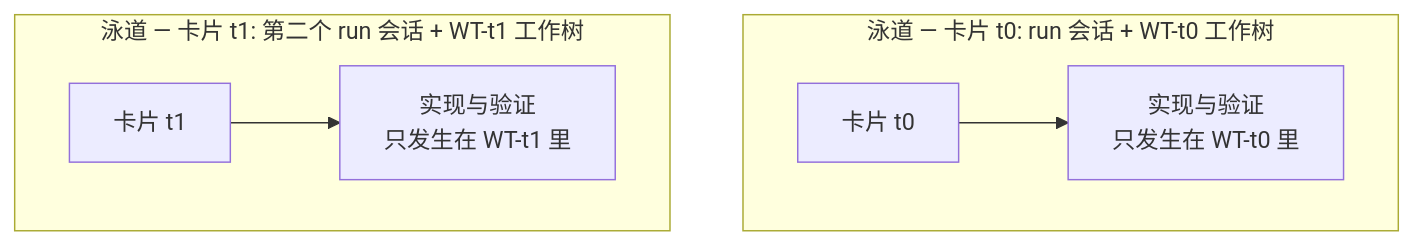
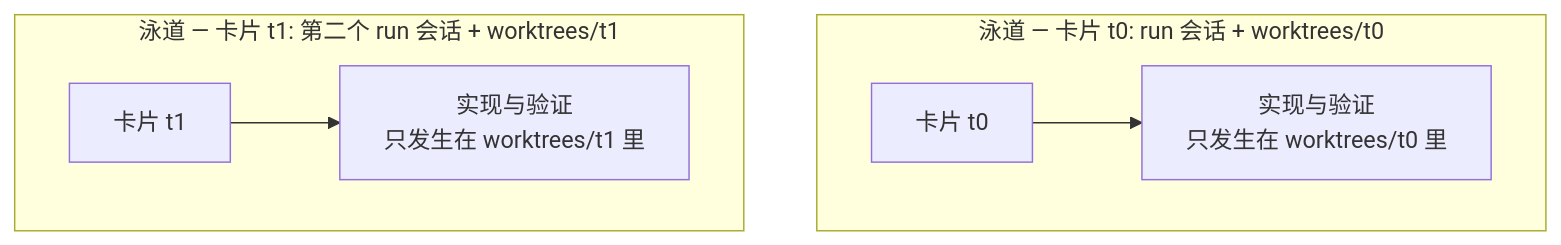
The second of 2 diagrams in docs-site/content/zh/core-concepts/kanban-board-terms.md (modu-ai/moai-adk), drawn with Mermaid before and after one commit. The commit also changed other lines of this file and 14 other files, not shown here.

````diff
--- a/docs-site/content/zh/core-concepts/kanban-board-terms.md
+++ b/docs-site/content/zh/core-concepts/kanban-board-terms.md
@@ -47,9 +47,9 @@
 ```mermaid
 flowchart TD
-    subgraph LaneA["泳道 — 卡片 t0: run 会话 + WT-t0 工作树"]
-        A0["卡片 t0"] --> A1["实现与验证<br/>只发生在 WT-t0 里"]
+    subgraph LaneA["泳道 — 卡片 t0: run 会话 + worktrees/t0"]
+        A0["卡片 t0"] --> A1["实现与验证<br/>只发生在 worktrees/t0 里"]
     end
-    subgraph LaneB["泳道 — 卡片 t1: 第二个 run 会话 + WT-t1 工作树"]
-        B0["卡片 t1"] --> B1["实现与验证<br/>只发生在 WT-t1 里"]
+    subgraph LaneB["泳道 — 卡片 t1: 第二个 run 会话 + worktrees/t1"]
+        B0["卡片 t1"] --> B1["实现与验证<br/>只发生在 worktrees/t1 里"]
     end
 ```
````
